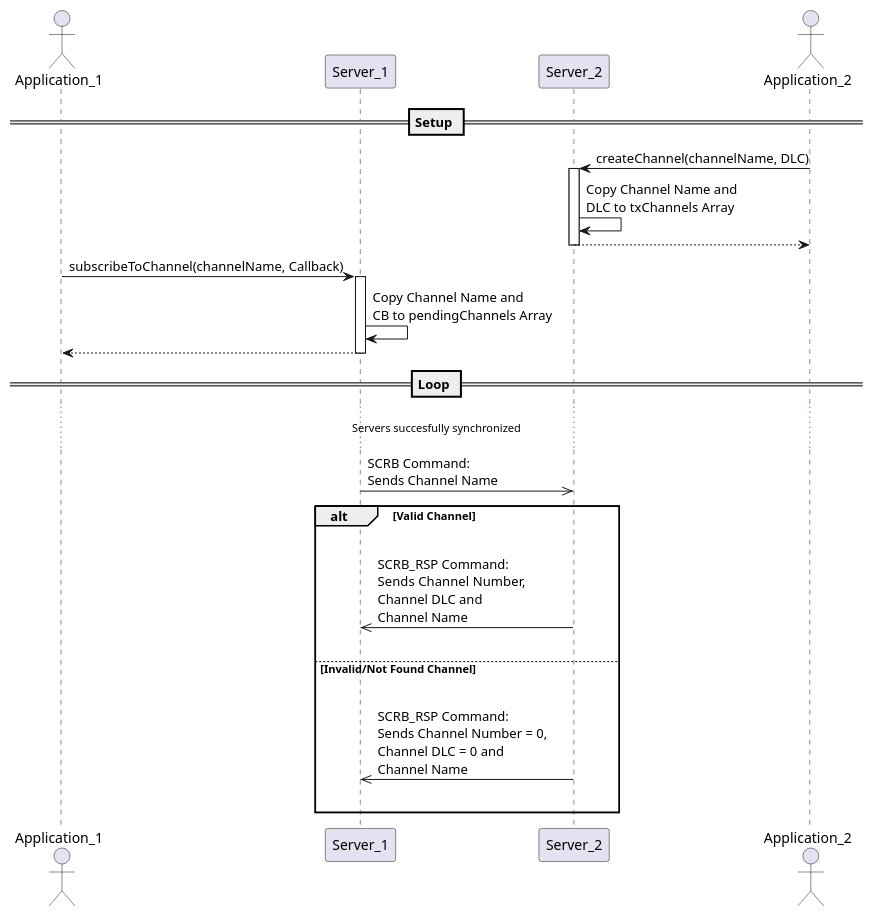
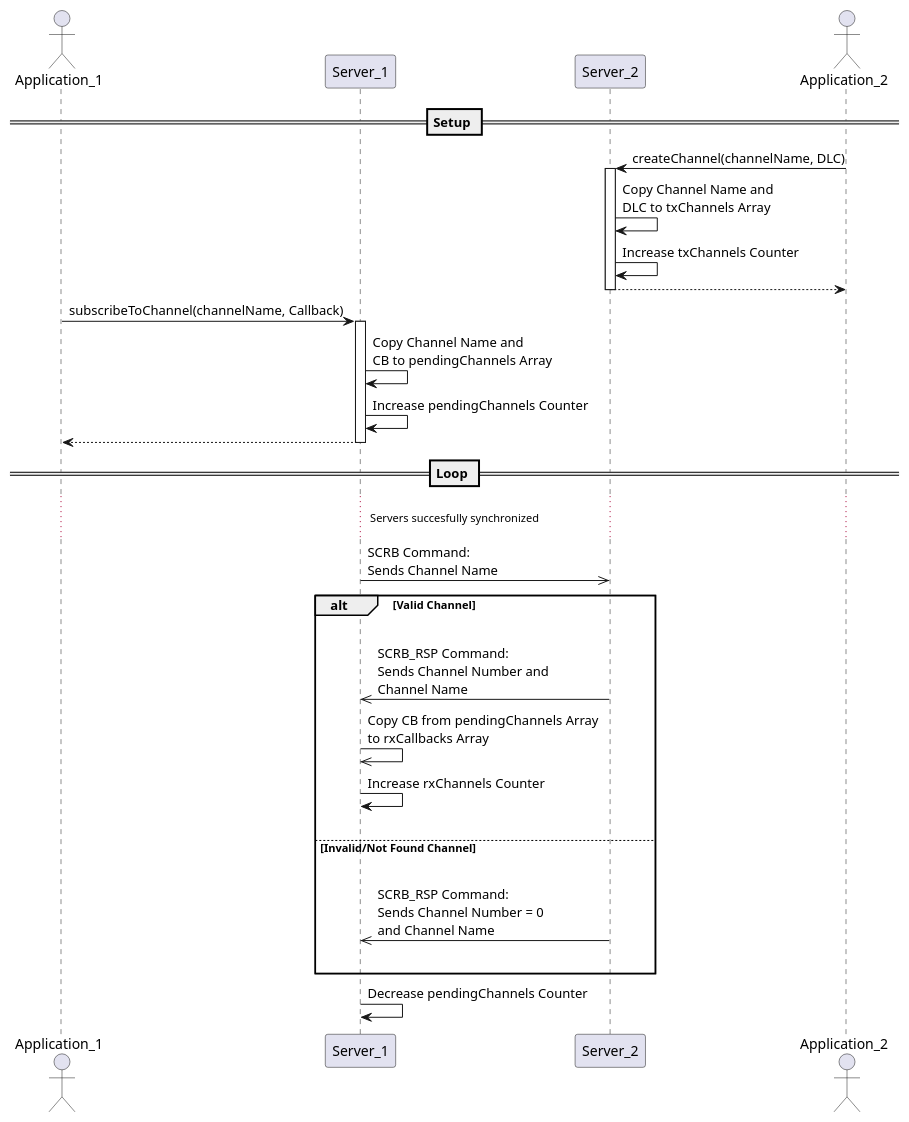
Before and after one commit to BlueAndi/RadonUlzer: the diagram in doc/YAP/SubscribeSequence.puml, drawn with PlantUML. The commit also changed 1 other file, not shown here.

```diff
--- a/doc/YAP/SubscribeSequence.puml
+++ b/doc/YAP/SubscribeSequence.puml
@@ -1,35 +1,41 @@
 @startuml Subscribe to Channels
 
 actor Application_1 as app1
 participant Server_1 as s1
 participant Server_2 as s2
 actor Application_2 as app2
 
 
 == Setup ==
 
 app2 -> s2 ++: createChannel(channelName, DLC)
 s2 -> s2 : Copy Channel Name and\nDLC to txChannels Array
+s2 -> s2 : Increase txChannels Counter
 return
 
 app1 -> s1 ++: subscribeToChannel(channelName, Callback)
 s1 -> s1 : Copy Channel Name and\nCB to pendingChannels Array
+s1 -> s1 : Increase pendingChannels Counter
 return
 
 
 == Loop ==
 ...Servers succesfully synchronized...
 
 s1 ->> s2: SCRB Command:\nSends Channel Name
 
 alt Valid Channel
     |||
-    s2 ->> s1: SCRB_RSP Command:\nSends Channel Number,\nChannel DLC and\nChannel Name
+    s2 ->> s1: SCRB_RSP Command:\nSends Channel Number and\nChannel Name
+    s1 ->> s1: Copy CB from pendingChannels Array\nto rxCallbacks Array
+    s1 -> s1 : Increase rxChannels Counter
     |||
 else Invalid/Not Found Channel
     |||
-    s2 ->> s1: SCRB_RSP Command:\nSends Channel Number = 0,\nChannel DLC = 0 and\nChannel Name
+    s2 ->> s1: SCRB_RSP Command:\nSends Channel Number = 0\nand Channel Name
     |||
 end
 
+s1 -> s1 : Decrease pendingChannels Counter
+
 @enduml
```
